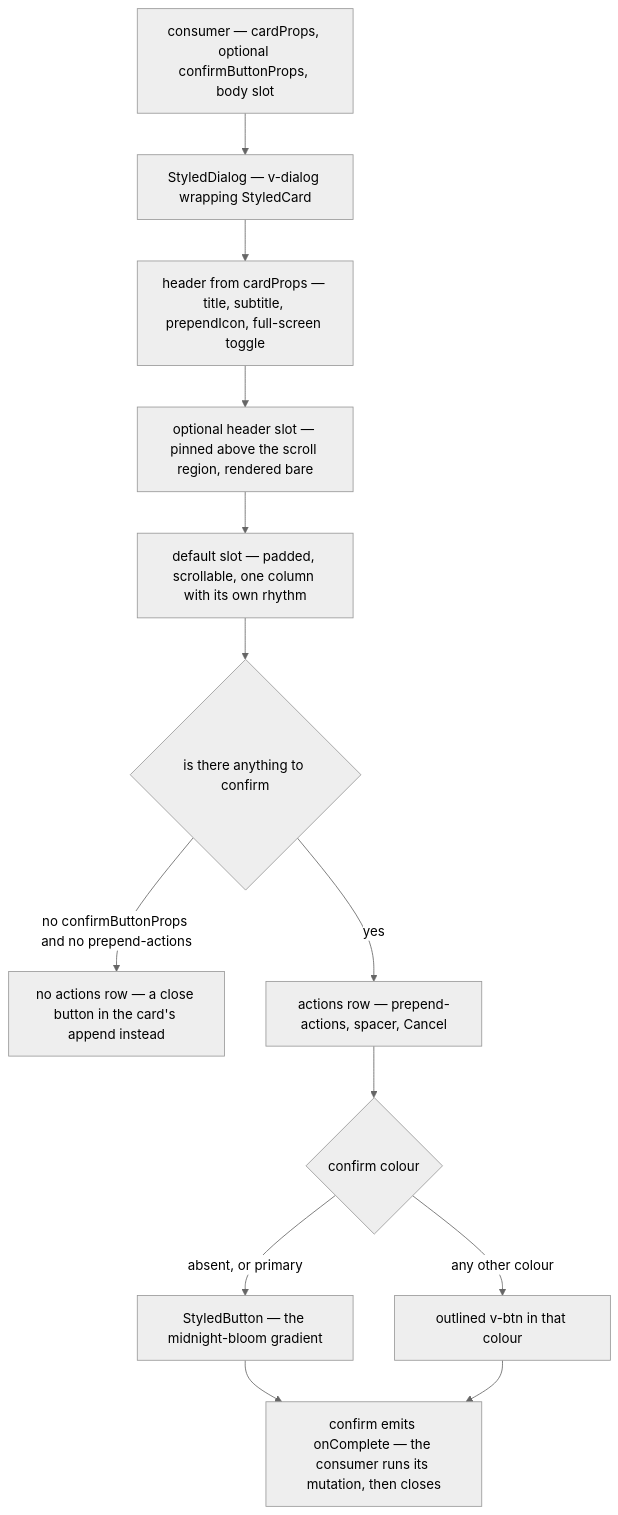
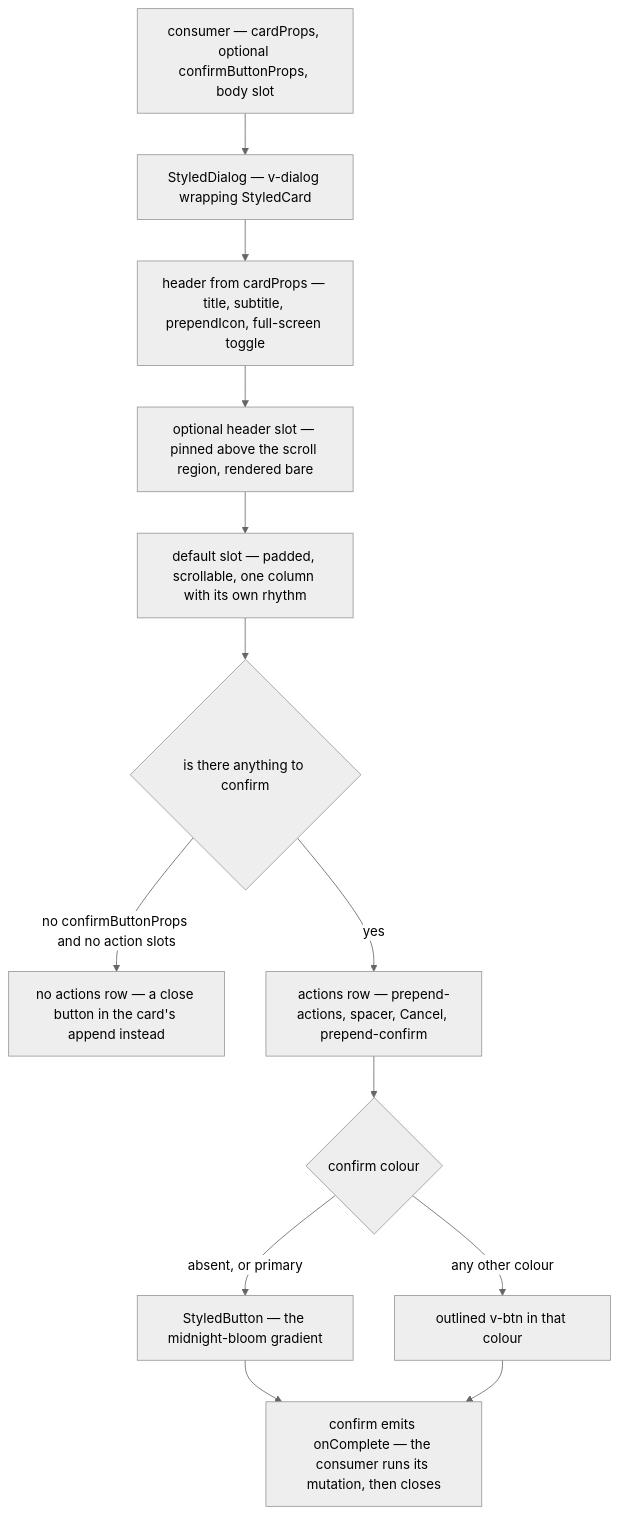
Before and after one commit to Esposter/Esposter: the diagram in packages/app/content/docs/architecture/dialog-shell.md, drawn with Mermaid (neutral theme). The commit also changed other lines of this file and 5 other files, not shown here.

````diff
--- a/packages/app/content/docs/architecture/dialog-shell.md
+++ b/packages/app/content/docs/architecture/dialog-shell.md
@@ -14,15 +14,15 @@
 ```mermaid
 flowchart TD
   CONSUMER["consumer — cardProps, optional confirmButtonProps, body slot"] --> SHELL["StyledDialog — v-dialog wrapping StyledCard"]
   SHELL --> HEADER["header from cardProps — title, subtitle, prependIcon, full-screen toggle"]
   HEADER --> PINNED["optional header slot — pinned above the scroll region, rendered bare"]
   PINNED --> BODY["default slot — padded, scrollable, one column with its own rhythm"]
   BODY --> HASACTIONS{"is there anything to confirm"}
-  HASACTIONS -->|"no confirmButtonProps and no prepend-actions"| CLOSE["no actions row — a close button in the card's append instead"]
-  HASACTIONS -->|"yes"| ACTIONS["actions row — prepend-actions, spacer, Cancel"]
+  HASACTIONS -->|"no confirmButtonProps and no action slots"| CLOSE["no actions row — a close button in the card's append instead"]
+  HASACTIONS -->|"yes"| ACTIONS["actions row — prepend-actions, spacer, Cancel, prepend-confirm"]
   ACTIONS --> GATE{"confirm colour"}
   GATE -->|"absent, or primary"| GRADIENT["StyledButton — the midnight-bloom gradient"]
   GATE -->|"any other colour"| PLAIN["outlined v-btn in that colour"]
   GRADIENT --> CONFIRM["confirm emits onComplete — the consumer runs its mutation, then closes"]
   PLAIN --> CONFIRM
 ```
````
